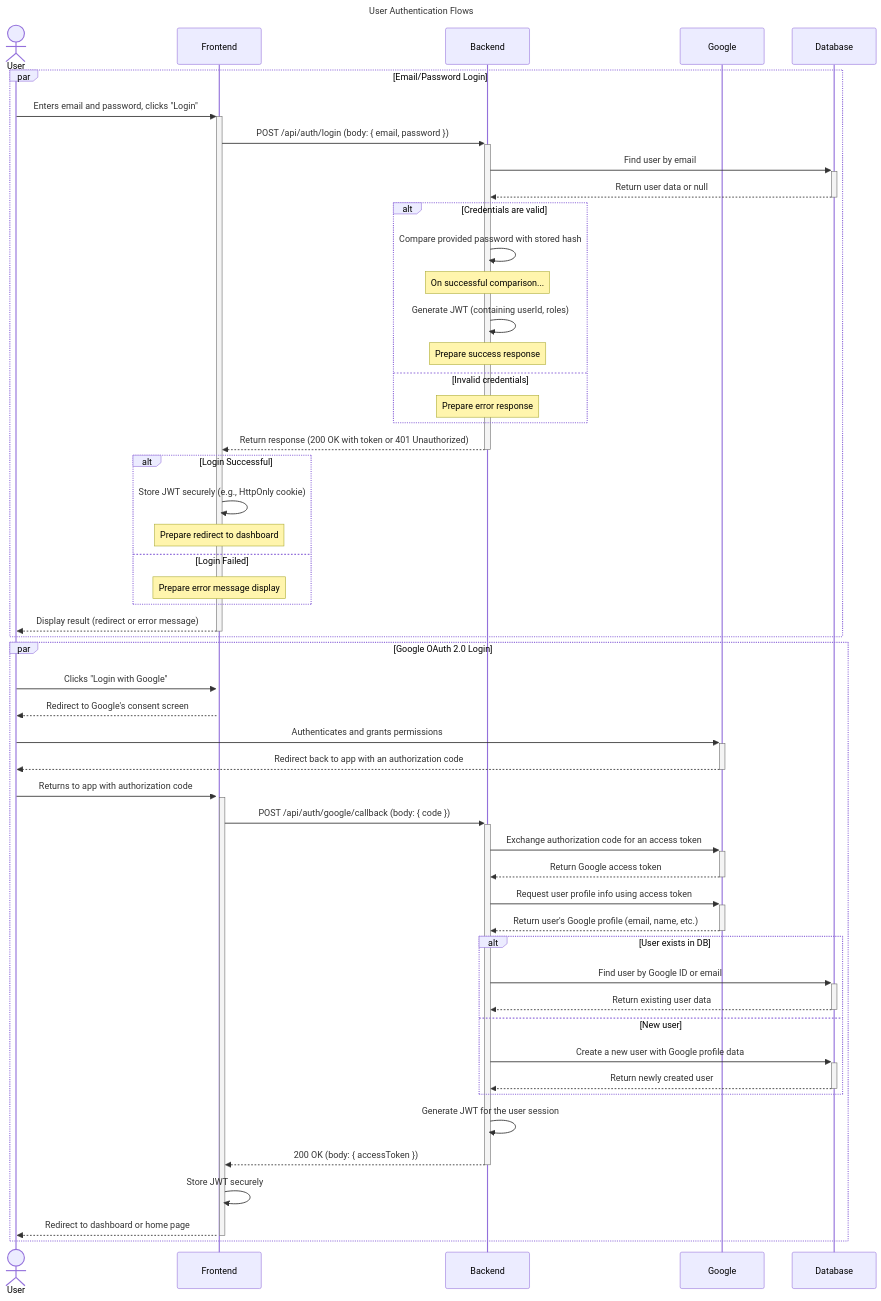
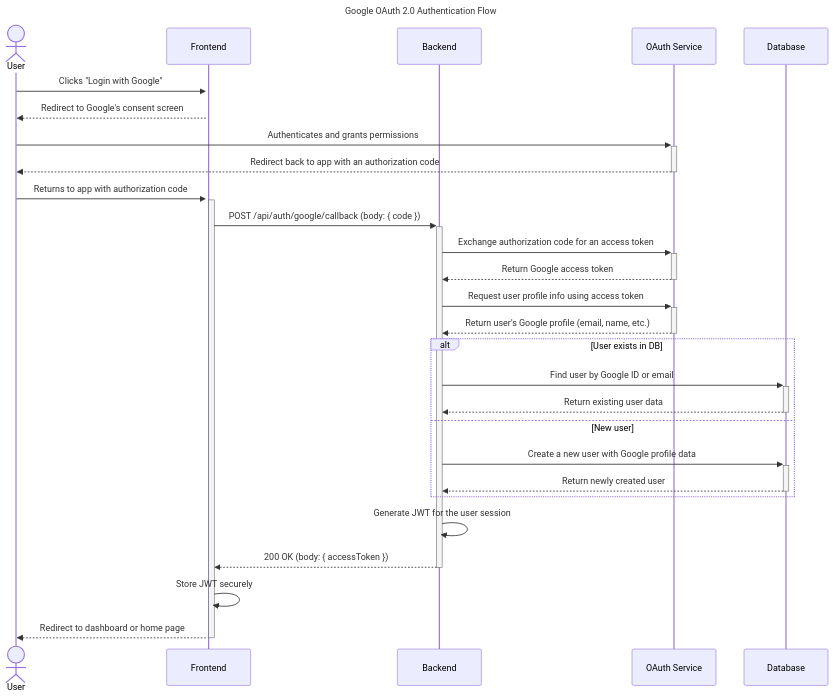
The diagram in docs/sequence-diagrams/user-authentication.md (Beerhood/beer-shop-ai-api), drawn with Mermaid before and after one commit. The commit also changed other lines of this file and 3 other files, not shown here.

Commit message:
docs: delete password auth and delete search engine in search sequence diagram

````diff
--- a/docs/sequence-diagrams/user-authentication.md
+++ b/docs/sequence-diagrams/user-authentication.md
@@ -5,69 +5,39 @@
 ```mermaid
 sequenceDiagram
     actor User
     participant Frontend
     participant Backend
-    participant OAuthProvider as Google
+    participant OAuthProvider as OAuth Service
     participant Database
 
-    Title: User Authentication Flows
+    Title: Google OAuth 2.0 Authentication Flow
 
-    par Email/Password Login
-        User->>+Frontend: Enters email and password, clicks "Login"
-        Frontend->>+Backend: POST /api/auth/login (body: { email, password })
+    User->>+Frontend: Clicks "Login with Google"
+    Frontend-->>User: Redirect to Google's consent screen
 
-        Backend->>+Database: Find user by email
-        Database-->>-Backend: Return user data or null
+    User->>+OAuthProvider: Authenticates and grants permissions
+    OAuthProvider-->>-User: Redirect back to app with an authorization code
 
-        alt Credentials are valid
-            Backend->>Backend: Compare provided password with stored hash
-            note over Backend: On successful comparison...
-            Backend->>Backend: Generate JWT (containing userId, roles)
-            note over Backend: Prepare success response
-        else Invalid credentials
-            note over Backend: Prepare error response
-        end
+    User->>+Frontend: Returns to app with authorization code
+    Frontend->>+Backend: POST /api/auth/google/callback (body: { code })
 
-        Backend-->>-Frontend: Return response (200 OK with token or 401 Unauthorized)
+    Backend->>+OAuthProvider: Exchange authorization code for an access token
+    OAuthProvider-->>-Backend: Return Google access token
 
-        alt Login Successful
-            Frontend->>Frontend: Store JWT securely (e.g., HttpOnly cookie)
-            note over Frontend: Prepare redirect to dashboard
-        else Login Failed
-            note over Frontend: Prepare error message display
-        end
+    Backend->>+OAuthProvider: Request user profile info using access token
+    OAuthProvider-->>-Backend: Return user's Google profile (email, name, etc.)
 
-        Frontend-->>-User: Display result (redirect or error message)
+    alt User exists in DB
+        Backend->>+Database: Find user by Google ID or email
+        Database-->>-Backend: Return existing user data
+    else New user
+        Backend->>+Database: Create a new user with Google profile data
+        Database-->>-Backend: Return newly created user
     end
 
-    par Google OAuth 2.0 Login
-        User->>+Frontend: Clicks "Login with Google"
-        Frontend-->>User: Redirect to Google's consent screen
+    Backend->>Backend: Generate JWT for the user session
+    Backend-->>-Frontend: 200 OK (body: { accessToken })
 
-        User->>+OAuthProvider: Authenticates and grants permissions
-        OAuthProvider-->>-User: Redirect back to app with an authorization code
-
-        User->>+Frontend: Returns to app with authorization code
-        Frontend->>+Backend: POST /api/auth/google/callback (body: { code })
-
-        Backend->>+OAuthProvider: Exchange authorization code for an access token
-        OAuthProvider-->>-Backend: Return Google access token
-
-        Backend->>+OAuthProvider: Request user profile info using access token
-        OAuthProvider-->>-Backend: Return user's Google profile (email, name, etc.)
-
-        alt User exists in DB
-            Backend->>+Database: Find user by Google ID or email
-            Database-->>-Backend: Return existing user data
-        else New user
-            Backend->>+Database: Create a new user with Google profile data
-            Database-->>-Backend: Return newly created user
-        end
-
-        Backend->>Backend: Generate JWT for the user session
-        Backend-->>-Frontend: 200 OK (body: { accessToken })
-
-        Frontend->>Frontend: Store JWT securely
-        Frontend-->>-User: Redirect to dashboard or home page
-    end
+    Frontend->>Frontend: Store JWT securely
+    Frontend-->>-User: Redirect to dashboard or home page
 ```
````
